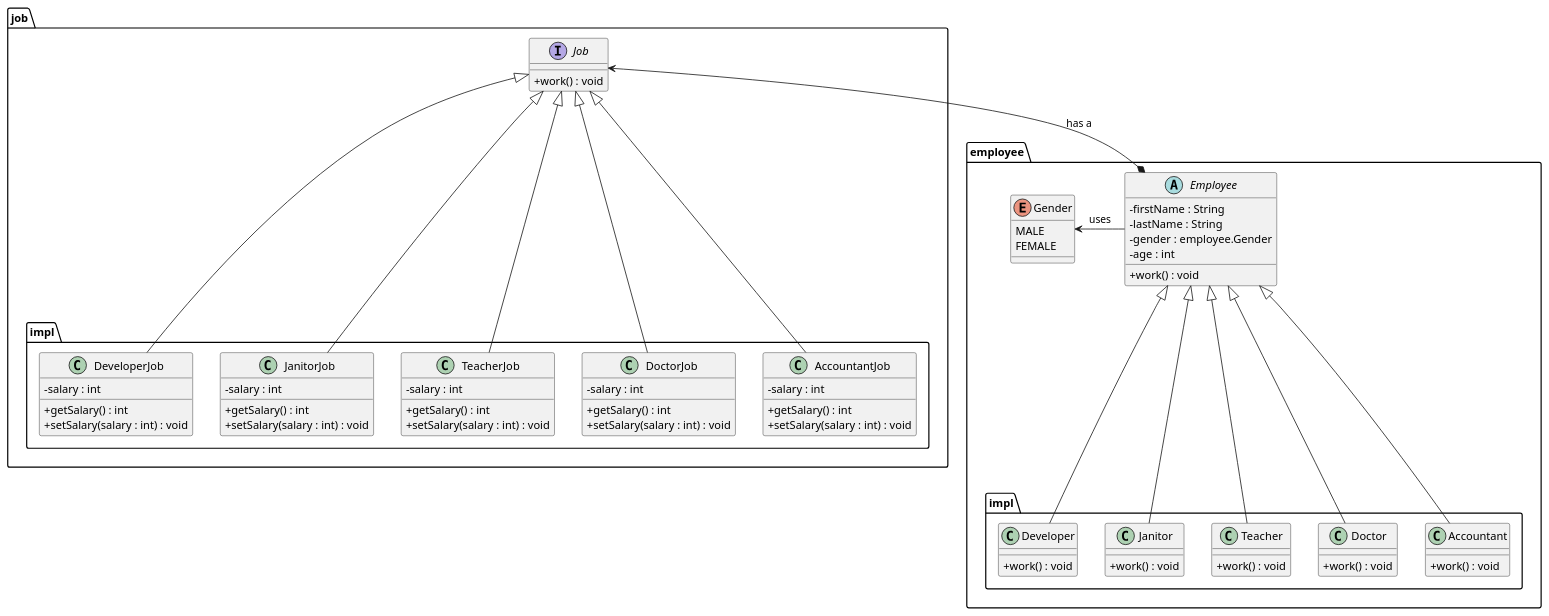
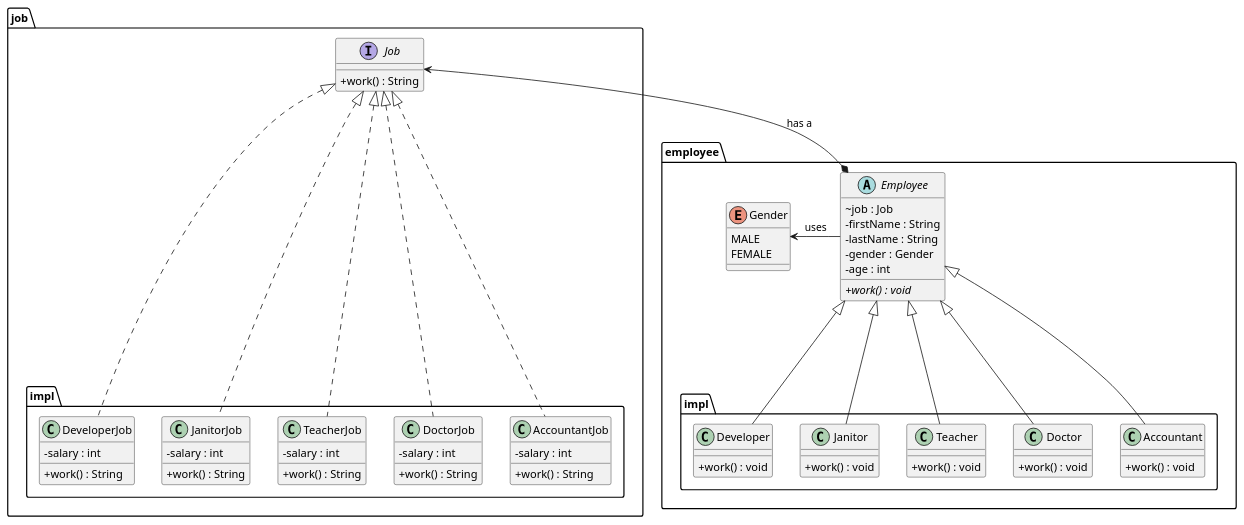
Before and after one commit to KieranOConnell/bridge: the diagram in Design.puml, drawn with PlantUML.

Commit message:
Finalised class diagram design for implementation of Bridge pattern (decoupled abstraction from implementation)

```diff
--- a/Design.puml
+++ b/Design.puml
@@ -1,85 +1,81 @@
 @startuml
 skinparam classAttributeIconSize 0
 
 abstract class employee.Employee {
+~job : Job
 -firstName : String
 -lastName : String
--gender : employee.Gender
+-gender : Gender
 -age : int
-+work() : void
+{abstract} +work() : void
 }
 
 interface job.Job {
-+work() : void
++work() : String
 }
 
 class employee.impl.Developer {
 +work() : void
 }
 
 class job.impl.DeveloperJob {
 -salary : int
-+getSalary() : int
-+setSalary(salary : int) : void
++work() : String
 }
 
 class employee.impl.Janitor {
 +work() : void
 }
 
 class job.impl.JanitorJob {
 -salary : int
-+getSalary() : int
-+setSalary(salary : int) : void
++work() : String
 }
 
 class employee.impl.Teacher {
 +work() : void
 }
 
 class job.impl.TeacherJob {
 -salary : int
-+getSalary() : int
-+setSalary(salary : int) : void
++work() : String
 }
 
 class employee.impl.Doctor {
 +work() : void
 }
 
 class job.impl.DoctorJob {
 -salary : int
-+getSalary() : int
-+setSalary(salary : int) : void
++work() : String
 }
 
 class employee.impl.Accountant {
 +work() : void
 }
 
 class job.impl.AccountantJob {
 -salary : int
-+getSalary() : int
-+setSalary(salary : int) : void
++work() : String
 }
 
 enum employee.Gender {
 MALE
 FEMALE
 }
 
 job.Job <--* employee.Employee : has a
 employee.Gender <- employee.Employee : uses
 
 employee.Employee <|--- employee.impl.Developer
 employee.Employee <|--- employee.impl.Janitor
 employee.Employee <|--- employee.impl.Teacher
 employee.Employee <|--- employee.impl.Doctor
 employee.Employee <|--- employee.impl.Accountant
 
-job.Job <|--- job.impl.DeveloperJob
-job.Job <|--- job.impl.JanitorJob
-job.Job <|--- job.impl.TeacherJob
-job.Job <|--- job.impl.DoctorJob
-job.Job <|--- job.impl.AccountantJob
+job.Job <|.... job.impl.DeveloperJob
+job.Job <|.... job.impl.JanitorJob
+job.Job <|.... job.impl.TeacherJob
+job.Job <|.... job.impl.DoctorJob
+job.Job <|.... job.impl.AccountantJob
 @enduml
```
